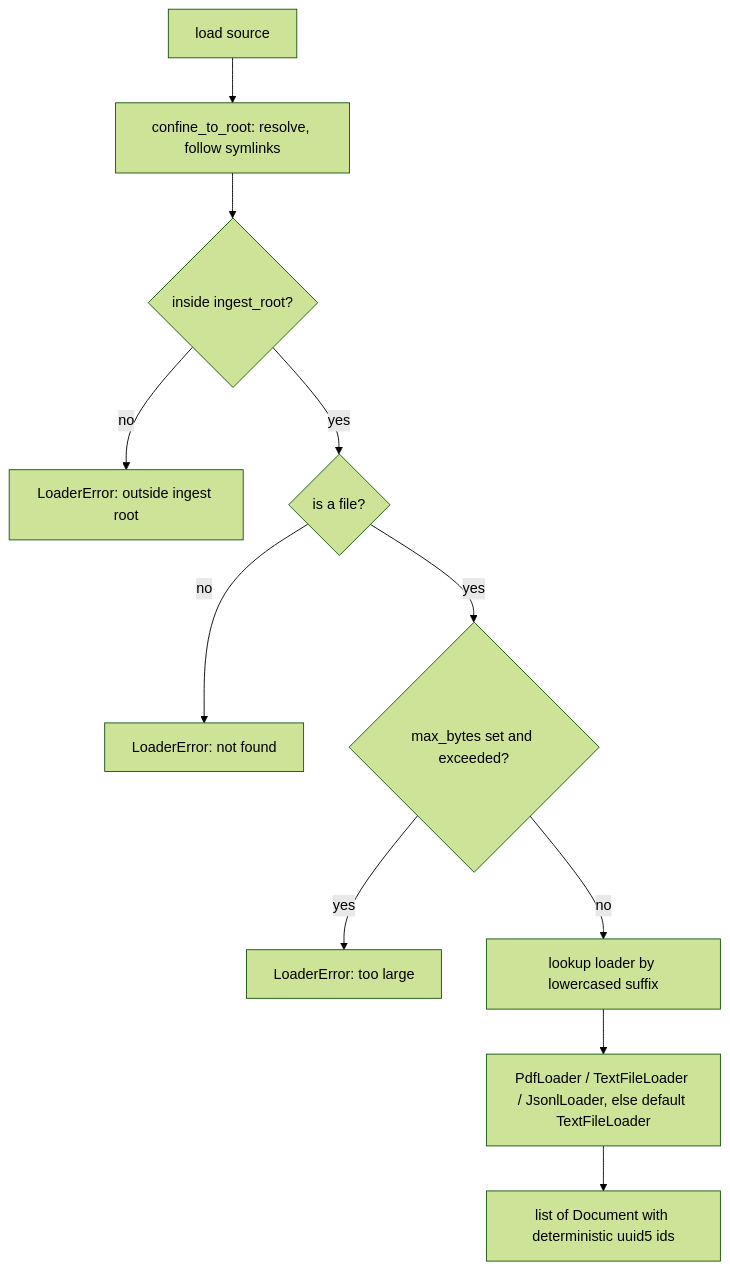
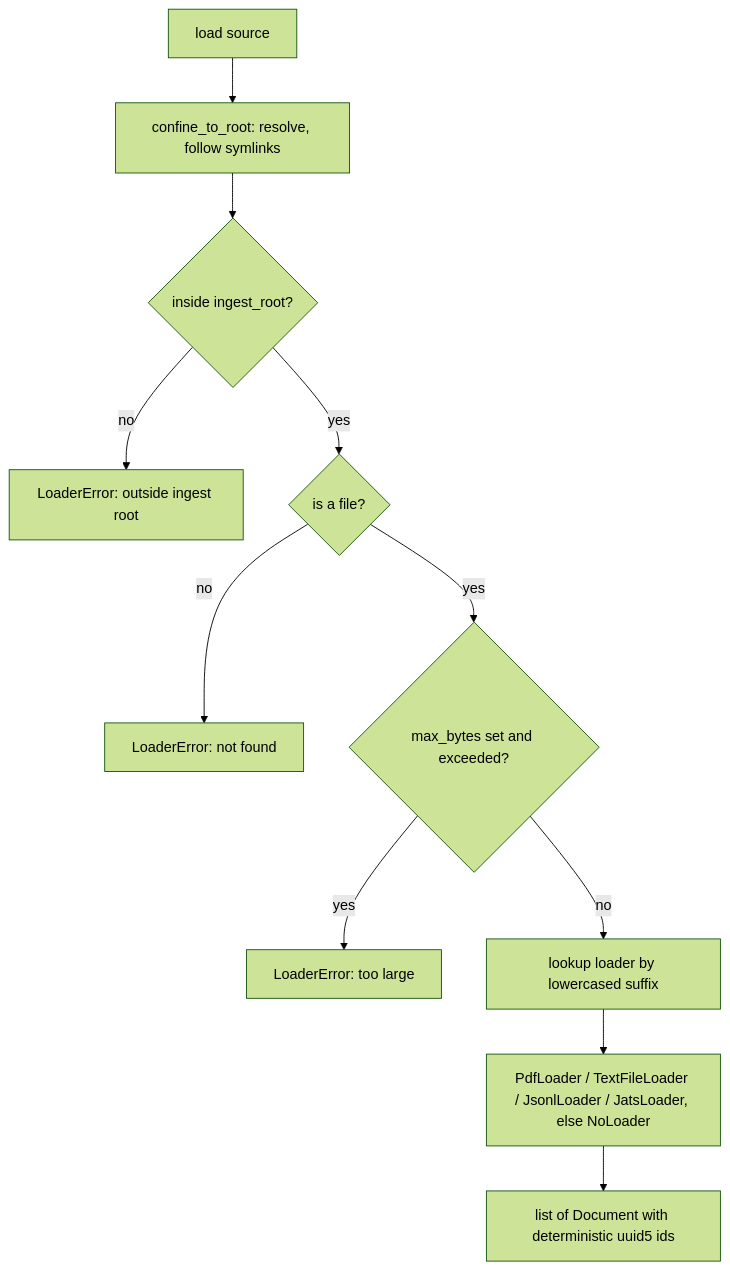
The second of 45 diagrams in docs/ARCHITECTURE-DEEP-DIVE.md (wilke/ragstack), drawn with Mermaid (forest theme) before and after one commit. The commit also changed other lines of this file and 4 other files, not shown here.

````diff
--- a/docs/ARCHITECTURE-DEEP-DIVE.md
+++ b/docs/ARCHITECTURE-DEEP-DIVE.md
@@ -167,13 +168,13 @@
 ```mermaid
 flowchart TD
     A["load source"] --> B["confine_to_root: resolve, follow symlinks"]
     B --> C{"inside ingest_root?"}
     C -- "no" --> E["LoaderError: outside ingest root"]
     C -- "yes" --> D{"is a file?"}
     D -- "no" --> F["LoaderError: not found"]
     D -- "yes" --> G{"max_bytes set and exceeded?"}
     G -- "yes" --> H["LoaderError: too large"]
     G -- "no" --> I["lookup loader by lowercased suffix"]
-    I --> J["PdfLoader / TextFileLoader / JsonlLoader, else default TextFileLoader"]
+    I --> J["PdfLoader / TextFileLoader / JsonlLoader / JatsLoader, else NoLoader"]
     J --> K["list of Document with deterministic uuid5 ids"]
 ```
````
